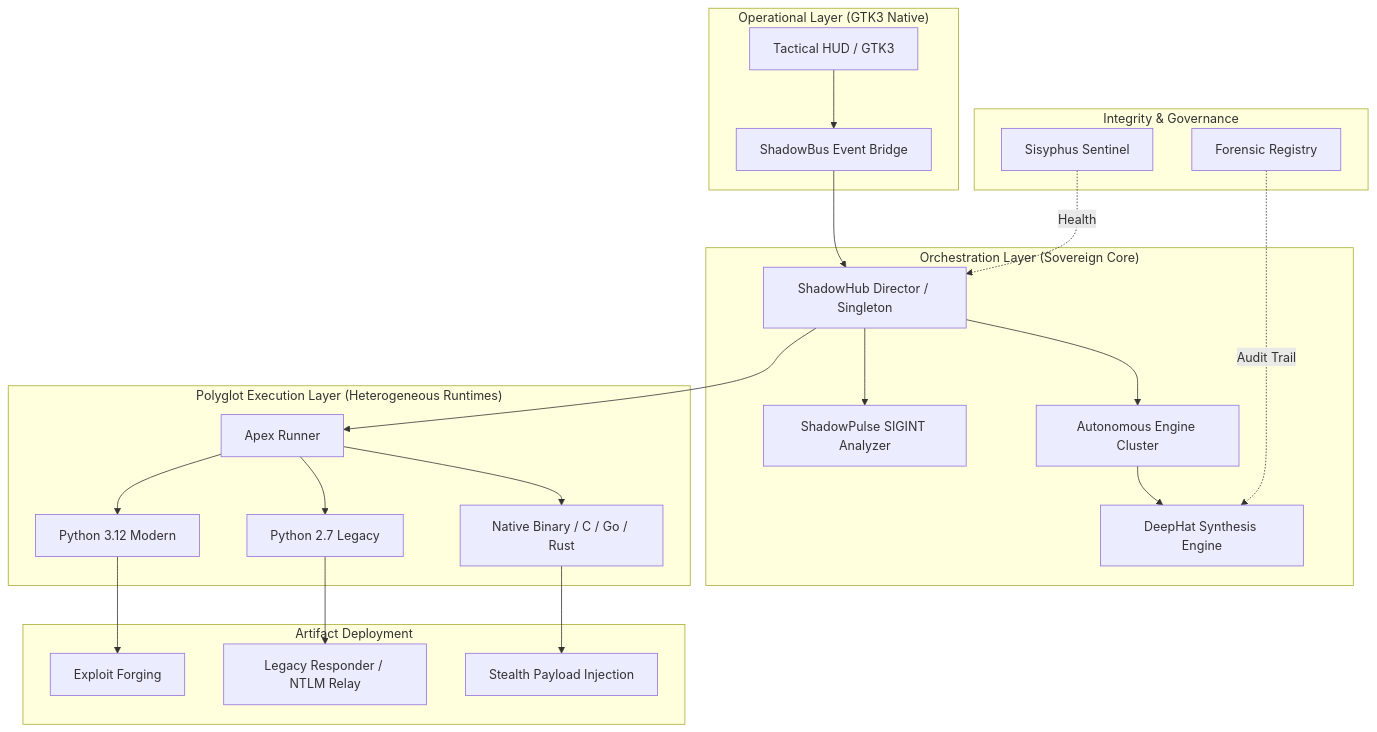
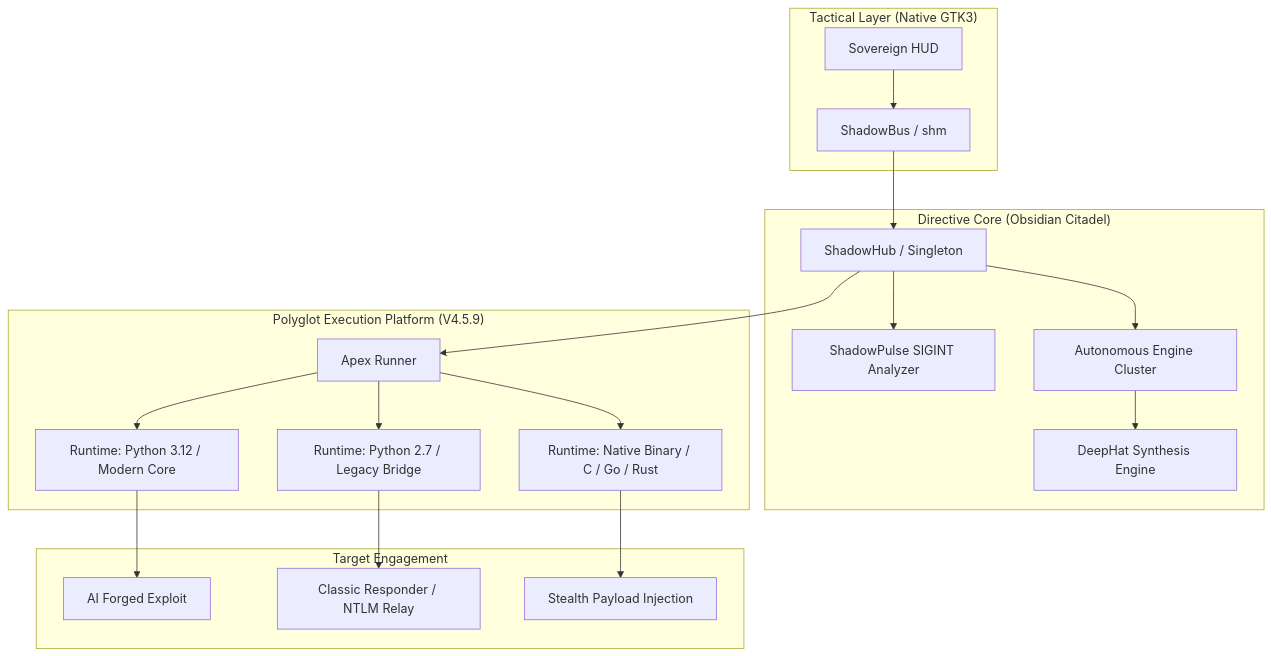
Before and after one commit to jakes1345/ShadowCypher: the diagram in README.md, drawn with Mermaid. The commit also changed other lines of this file and 2 other files, not shown here.

Commit message:
PERFORMANCE_ULTIMA: Enabled GPU acceleration, implemented native telemetry vitals, and optimized process scheduling for real-time missions.

````diff
--- a/README.md
+++ b/README.md
@@ -18,31 +26,26 @@
 ```mermaid
 graph TD
-    subgraph "Operational Layer (GTK3 Native)"
-        UI[Tactical HUD / GTK3] --> BUS[ShadowBus Event Bridge]
+    subgraph "Tactical Layer (Native GTK3)"
+        UI[Sovereign HUD] --> BUS[ShadowBus / shm]
     end
 
-    subgraph "Orchestration Layer (Sovereign Core)"
-        BUS --> HUB[ShadowHub Director / Singleton]
+    subgraph "Directive Core (Obsidian Citadel)"
+        BUS --> HUB[ShadowHub / Singleton]
         HUB --> SIG[ShadowPulse SIGINT Analyzer]
         HUB --> AI[Autonomous Engine Cluster]
-        AI --> DH[DeepHat Synthesis Engine]
+        AI --> SYN[DeepHat Synthesis Engine]
     end
 
-    subgraph "Polyglot Execution Layer (Heterogeneous Runtimes)"
+    subgraph "Polyglot Execution Platform (V4.5.9)"
         HUB --> RUN[Apex Runner]
-        RUN --> P2[Python 2.7 Legacy]
-        RUN --> P3[Python 3.12 Modern]
-        RUN --> NB[Native Binary / C / Go / Rust]
+        RUN --> P2[Runtime: Python 2.7 / Legacy Bridge]
+        RUN --> P3[Runtime: Python 3.12 / Modern Core]
+        RUN --> NB[Runtime: Native Binary / C / Go / Rust]
     end
 
-    subgraph "Artifact Deployment"
-        P3 --> EX[Exploit Forging]
-        P2 --> LR[Legacy Responder / NTLM Relay]
+    subgraph "Target Engagement"
+        P3 --> EX[AI Forged Exploit]
+        P2 --> LR[Classic Responder / NTLM Relay]
         NB --> ST[Stealth Payload Injection]
     end
-
-    subgraph "Integrity & Governance"
-        MON[Sisyphus Sentinel] -. Health .-> HUB
-        AUD[Forensic Registry] -. Audit Trail .-> DH
-    end
 ```
````
